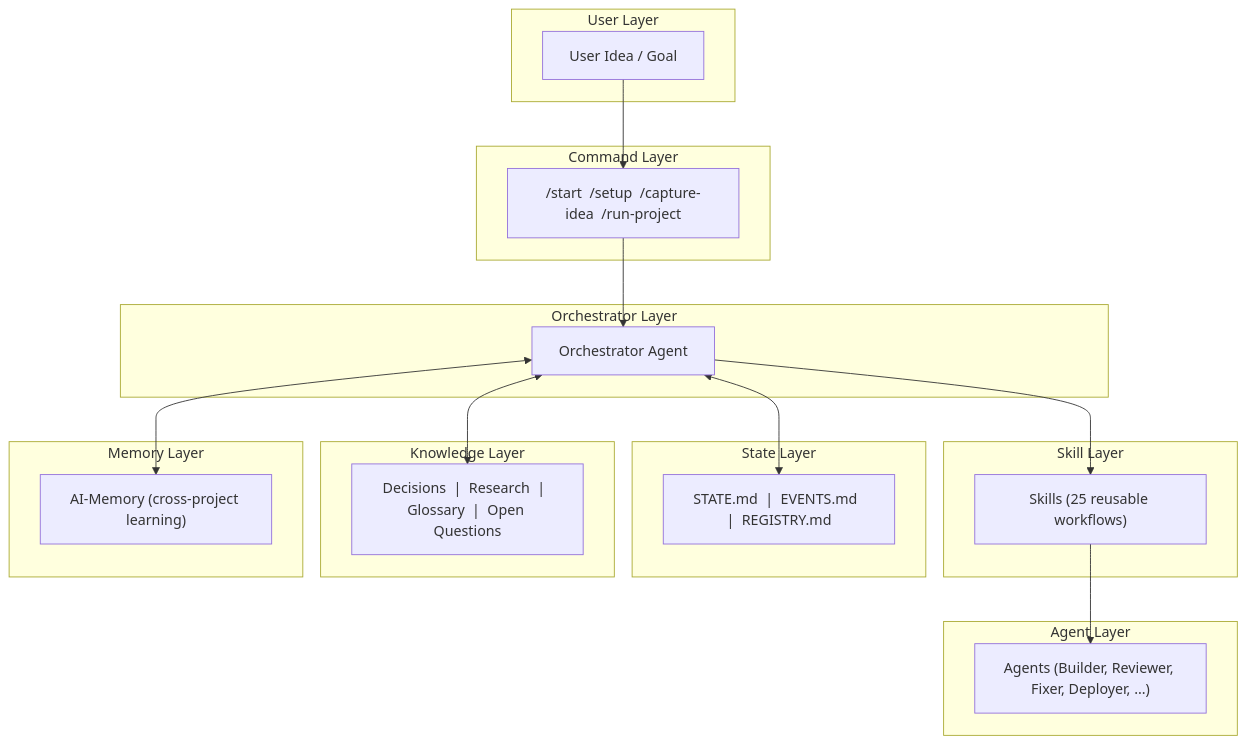
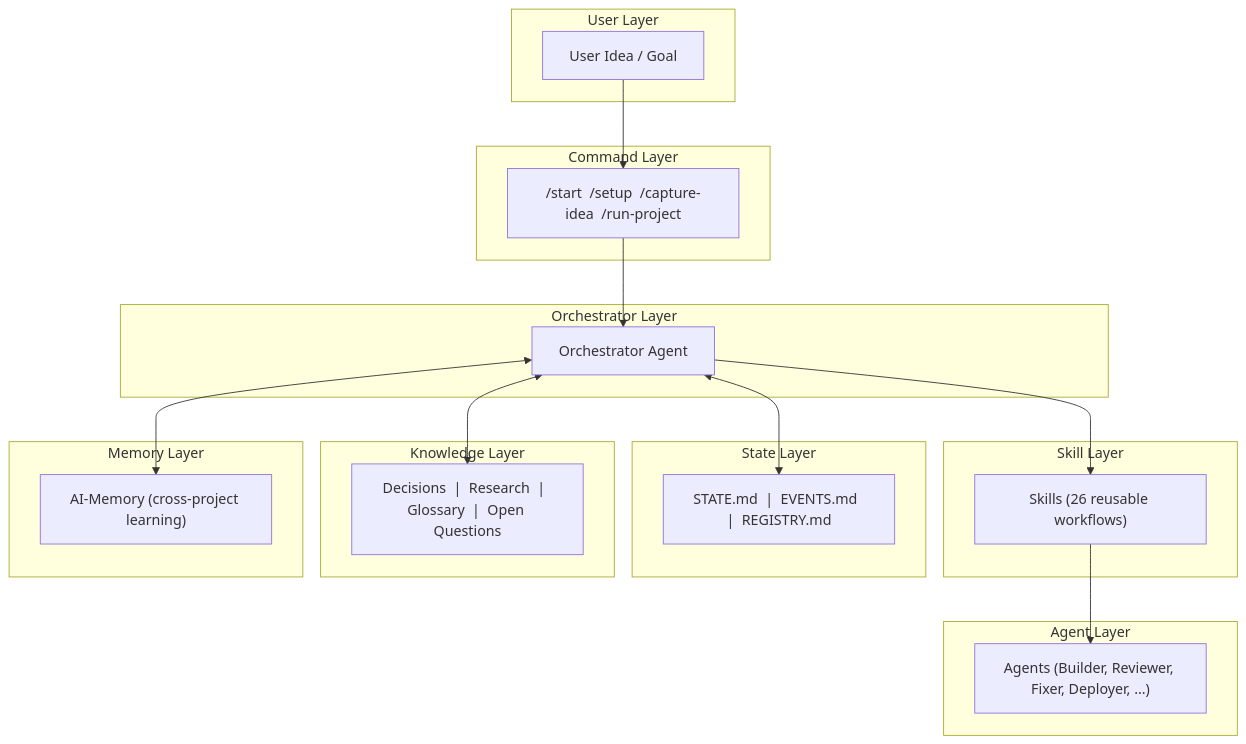
Before and after one commit to BasharAmso/AI-Orchestrator-System: the third of 4 diagrams in docs/DIAGRAMS.md, drawn with Mermaid. The commit also changed other lines of this file and 21 other files, not shown here.

````diff
--- a/docs/DIAGRAMS.md
+++ b/docs/DIAGRAMS.md
@@ -69,40 +69,40 @@
 ```mermaid
 flowchart TB
     subgraph User Layer
         A[User Idea / Goal]
     end
 
     subgraph Command Layer
         B["/start  /setup  /capture-idea  /run-project"]
     end
 
     subgraph Orchestrator Layer
         C[Orchestrator Agent]
     end
 
     subgraph Skill Layer
-        D["Skills (25 reusable workflows)"]
+        D["Skills (26 reusable workflows)"]
     end
 
     subgraph Agent Layer
         E["Agents (Builder, Reviewer, Fixer, Deployer, ...)"]
     end
 
     subgraph State Layer
         F["STATE.md  |  EVENTS.md  |  REGISTRY.md"]
     end
 
     subgraph Knowledge Layer
         G["Decisions  |  Research  |  Glossary  |  Open Questions"]
     end
 
     subgraph Memory Layer
         H["AI-Memory (cross-project learning)"]
     end
 
     A --> B --> C
     C --> D --> E
     C <--> F
     C <--> G
     C <--> H
 ```
````
